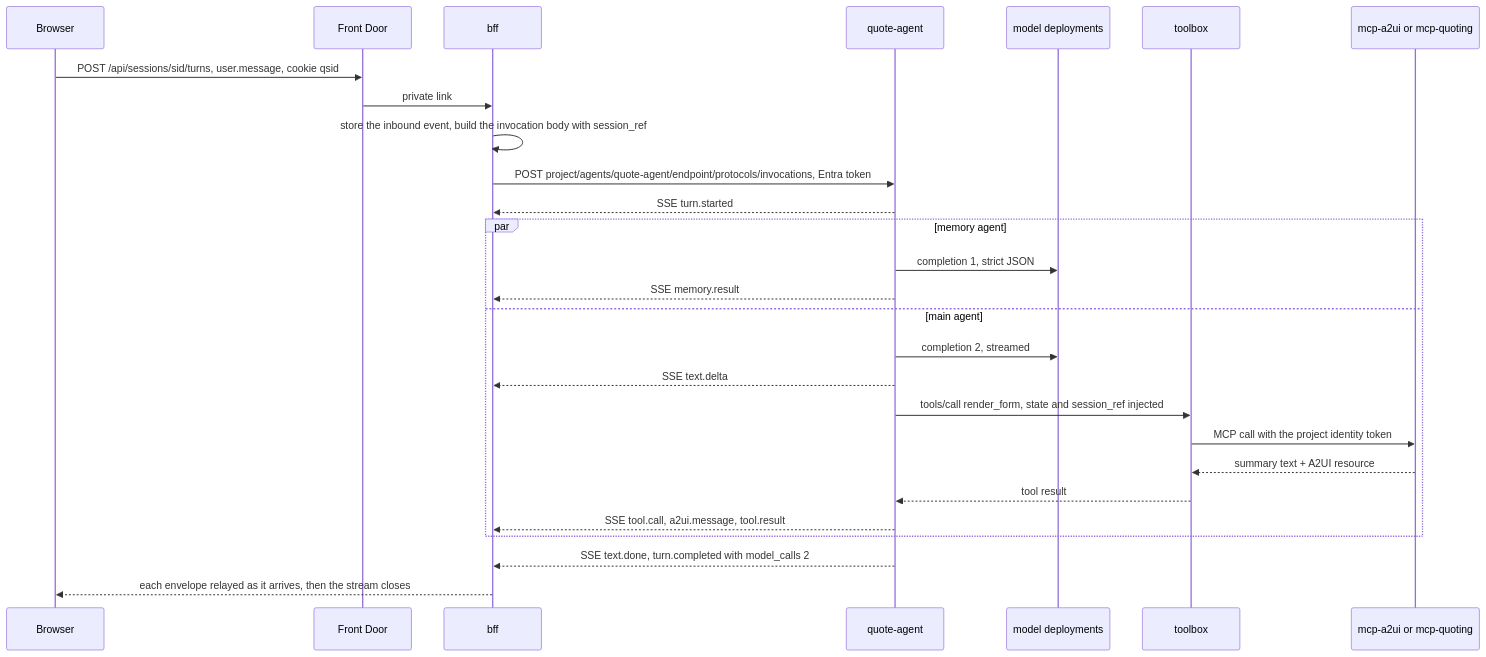
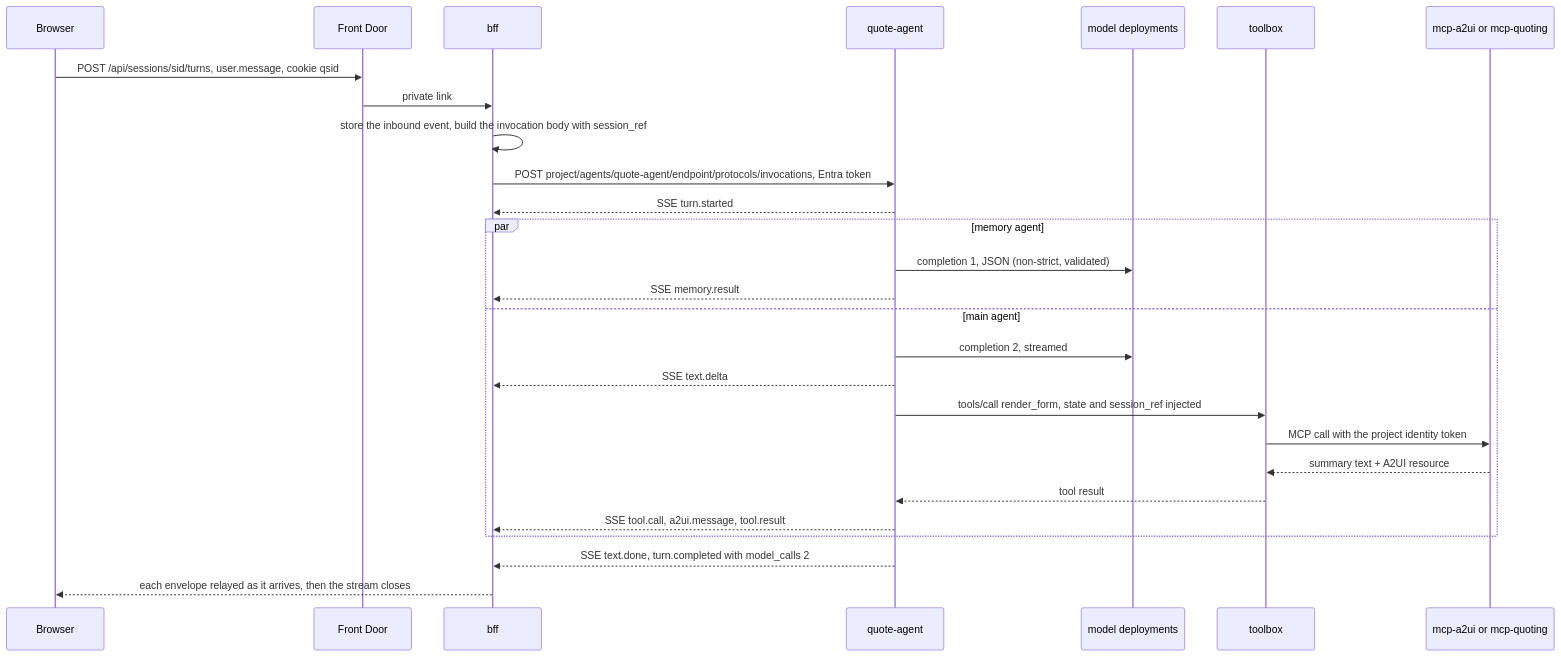
One commit to MassNick/insurance_quoter_patterns changed the second of 2 diagrams in solution/docs/architecture.md. Above: the diagram before and after it, drawn with Mermaid. The commit also changed other lines of this file and 2 other files, not shown here.

Commit message:
docs: update the architecture after the first dev deploy
- Components: GPT-5.6 models from settings.yaml (Global Standard in Canada Central),
  Search S2 by default, no BFF session affinity, Cosmos in Canada East in dev, web
  app as a Container App behind Front Door
- Agents and toolbox: non-strict memory output with validation, verified toolbox
  behaviour (internal reach, <label>___<tool> names, A2UI pass-through) and the
  injected-argument fix
- Turn budget: batch decision with one corrective completion; text with tool calls
- Identity, networking, guardrails, failure modes and cost updated to what was
  deployed, including the "soumission" content-filter decision
- Verify before build: a dev-deploy result column; new section 19 As deployed
- README Q2 answered; solution architecture doc aligned

````diff
--- a/solution/docs/architecture.md
+++ b/solution/docs/architecture.md
@@ -125,29 +125,29 @@
 ```mermaid
 sequenceDiagram
   participant B as Browser
   participant F as Front Door
   participant BFF as bff
   participant A as quote-agent
   participant M as model deployments
   participant T as toolbox
   participant S as mcp-a2ui or mcp-quoting
   B->>F: POST /api/sessions/sid/turns, user.message, cookie qsid
   F->>BFF: private link
   BFF->>BFF: store the inbound event, build the invocation body with session_ref
   BFF->>A: POST project/agents/quote-agent/endpoint/protocols/invocations, Entra token
   A-->>BFF: SSE turn.started
   par memory agent
-    A->>M: completion 1, strict JSON
+    A->>M: completion 1, JSON (non-strict, validated)
     A-->>BFF: SSE memory.result
   and main agent
     A->>M: completion 2, streamed
     A-->>BFF: SSE text.delta
     A->>T: tools/call render_form, state and session_ref injected
     T->>S: MCP call with the project identity token
     S-->>T: summary text + A2UI resource
     T-->>A: tool result
     A-->>BFF: SSE tool.call, a2ui.message, tool.result
   end
   A-->>BFF: SSE text.done, turn.completed with model_calls 2
   BFF-->>B: each envelope relayed as it arrives, then the stream closes
 ```
````
